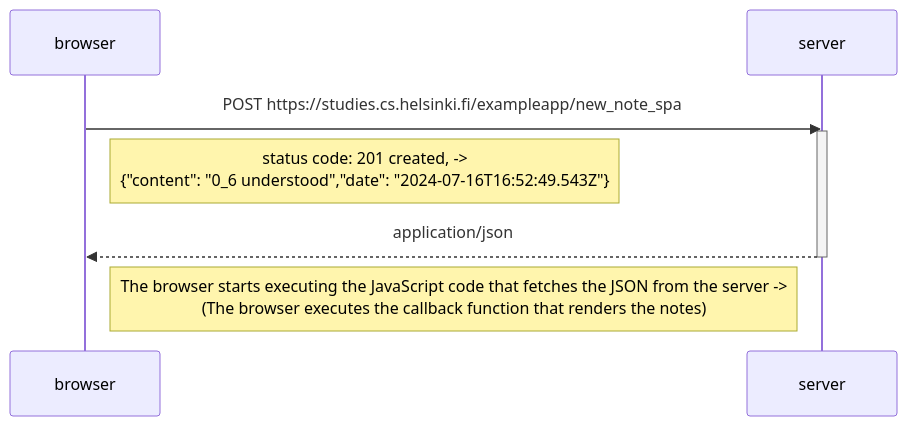
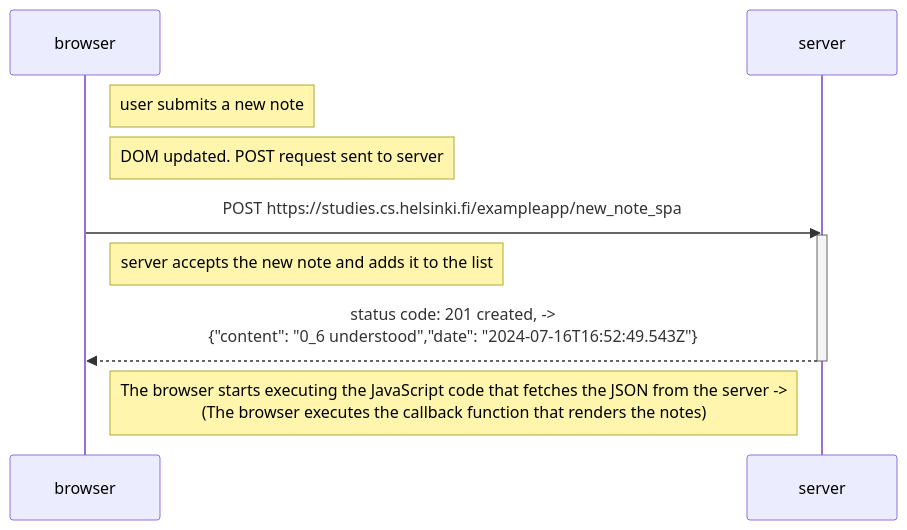
One commit to divywnzh/fullstackopen changed the diagram in 0_6.md. Above: the diagram before and after it, drawn with Mermaid.

````diff
--- a/0_6.md
+++ b/0_6.md
@@ -1,13 +1,16 @@
 ```mermaid
 sequenceDiagram
     participant browser
     participant server
 
+    Note right of browser: user submits a new note
+    Note right of browser: DOM updated. POST request sent to server
+
     browser->>server: POST https://studies.cs.helsinki.fi/exampleapp/new_note_spa
     activate server
-    Note right of browser: status code: 201 created, -><br> {"content": "0_6 understood","date": "2024-07-16T16:52:49.543Z"}
-    server-->>browser: application/json
+    Note right of browser: server accepts the new note and adds it to the list 
+    server-->>browser: status code: 201 created, -><br> {"content": "0_6 understood","date": "2024-07-16T16:52:49.543Z"}
     deactivate server
 
     Note right of browser: The browser starts executing the JavaScript code that fetches the JSON from the server -><br> (The browser executes the callback function that renders the notes)
 ```
````
